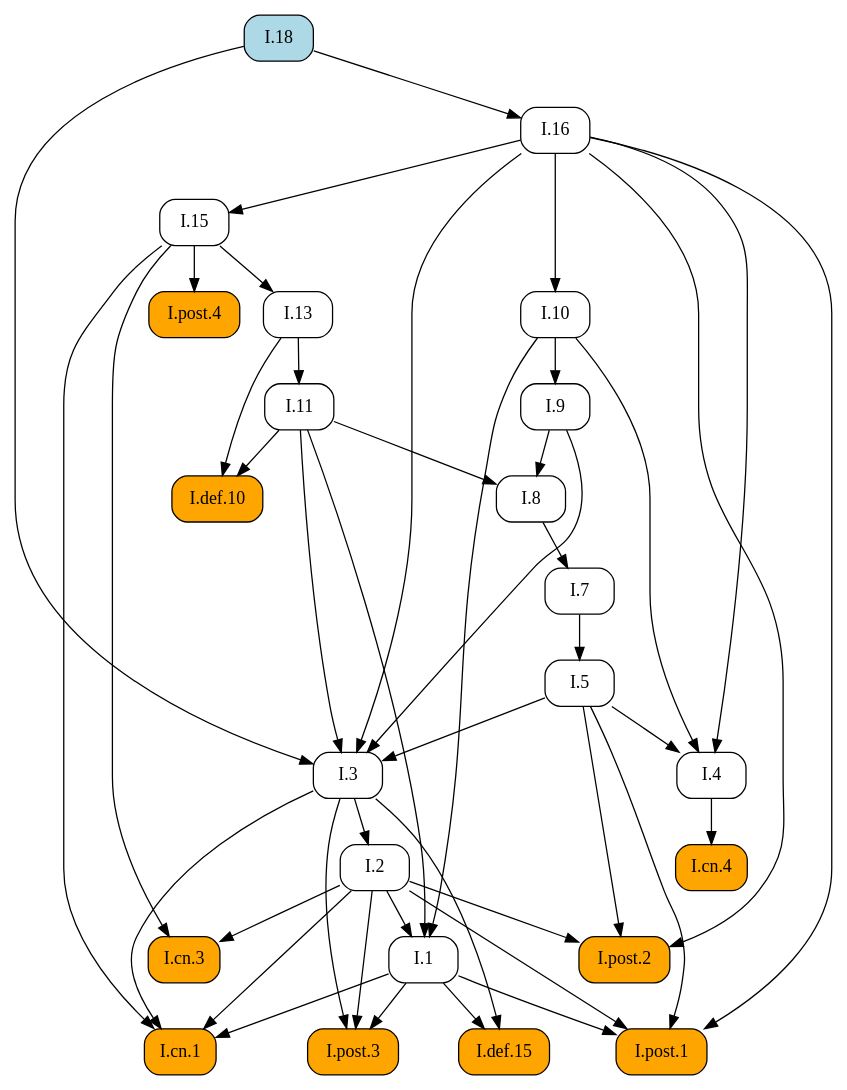
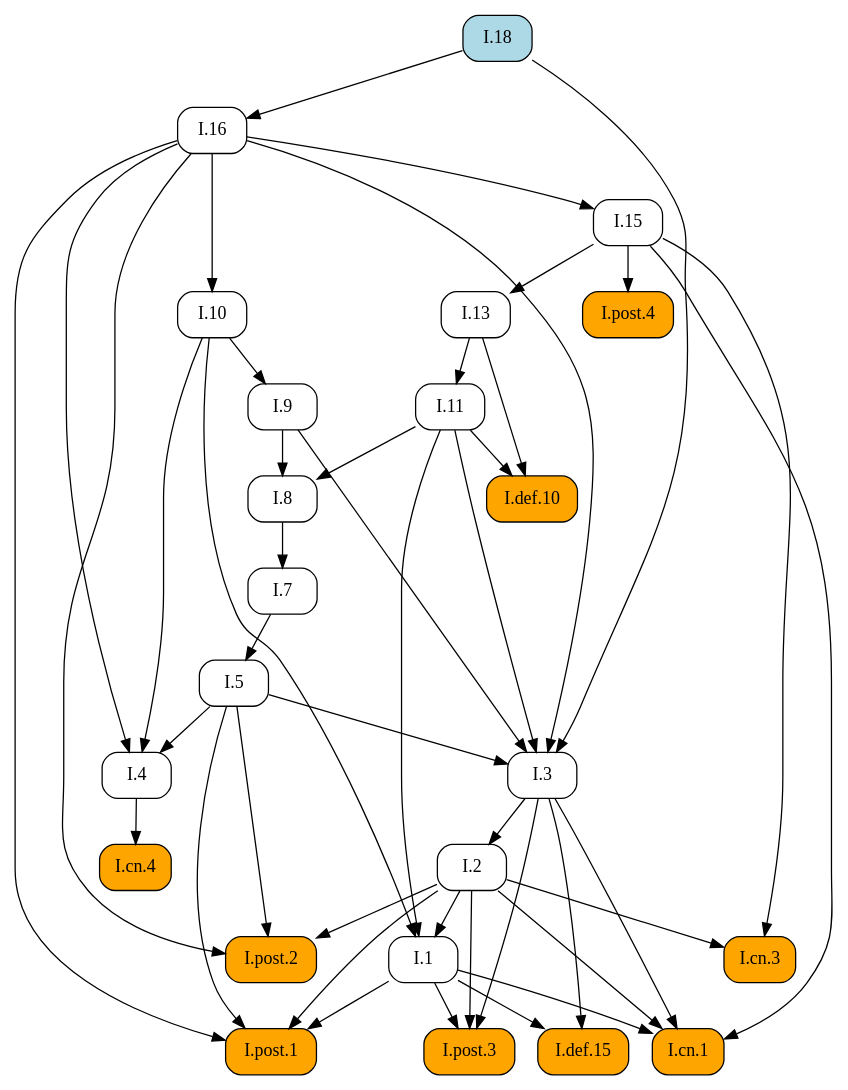
One commit to geometor/elements changed the diagram in docsrc/heath/I/18/index.rst. Above: the diagram before and after it, drawn with Graphviz. The commit also changed other lines of this file and 1029 other files, not shown here.

```diff
--- a/docsrc/heath/I/18/index.rst
+++ b/docsrc/heath/I/18/index.rst
@@ -51,73 +51,73 @@
 .. graphviz::
 
    digraph {
      rankdir="TB";
      node [shape=box, style=rounded];
+     "I.def.10" [style="rounded,filled", fillcolor=orange, URL="/heath/I/def.10/", target="_top"];
+     "I.11" [URL="/heath/I/11/", target="_top"];
+     "I.post.4" [style="rounded,filled", fillcolor=orange, URL="/heath/I/post.4/", target="_top"];
+     "I.1" [URL="/heath/I/1/", target="_top"];
+     "I.7" [URL="/heath/I/7/", target="_top"];
+     "I.3" [URL="/heath/I/3/", target="_top"];
+     "I.2" [URL="/heath/I/2/", target="_top"];
+     "I.4" [URL="/heath/I/4/", target="_top"];
      "I.13" [URL="/heath/I/13/", target="_top"];
+     "I.post.2" [style="rounded,filled", fillcolor=orange, URL="/heath/I/post.2/", target="_top"];
+     "I.18" [style="rounded,filled", fillcolor=lightblue, URL="/heath/I/18/", target="_top"];
+     "I.16" [URL="/heath/I/16/", target="_top"];
+     "I.def.15" [style="rounded,filled", fillcolor=orange, URL="/heath/I/def.15/", target="_top"];
+     "I.9" [URL="/heath/I/9/", target="_top"];
+     "I.post.3" [style="rounded,filled", fillcolor=orange, URL="/heath/I/post.3/", target="_top"];
+     "I.cn.1" [style="rounded,filled", fillcolor=orange, URL="/heath/I/cn.1/", target="_top"];
      "I.cn.3" [style="rounded,filled", fillcolor=orange, URL="/heath/I/cn.3/", target="_top"];
-     "I.5" [URL="/heath/I/5/", target="_top"];
-     "I.11" [URL="/heath/I/11/", target="_top"];
-     "I.7" [URL="/heath/I/7/", target="_top"];
-     "I.10" [URL="/heath/I/10/", target="_top"];
-     "I.4" [URL="/heath/I/4/", target="_top"];
-     "I.3" [URL="/heath/I/3/", target="_top"];
-     "I.16" [URL="/heath/I/16/", target="_top"];
      "I.8" [URL="/heath/I/8/", target="_top"];
-     "I.9" [URL="/heath/I/9/", target="_top"];
-     "I.def.10" [style="rounded,filled", fillcolor=orange, URL="/heath/I/def.10/", target="_top"];
-     "I.post.4" [style="rounded,filled", fillcolor=orange, URL="/heath/I/post.4/", target="_top"];
-     "I.post.2" [style="rounded,filled", fillcolor=orange, URL="/heath/I/post.2/", target="_top"];
-     "I.2" [URL="/heath/I/2/", target="_top"];
-     "I.def.15" [style="rounded,filled", fillcolor=orange, URL="/heath/I/def.15/", target="_top"];
-     "I.1" [URL="/heath/I/1/", target="_top"];
-     "I.post.3" [style="rounded,filled", fillcolor=orange, URL="/heath/I/post.3/", target="_top"];
-     "I.post.1" [style="rounded,filled", fillcolor=orange, URL="/heath/I/post.1/", target="_top"];
      "I.cn.4" [style="rounded,filled", fillcolor=orange, URL="/heath/I/cn.4/", target="_top"];
      "I.15" [URL="/heath/I/15/", target="_top"];
-     "I.cn.1" [style="rounded,filled", fillcolor=orange, URL="/heath/I/cn.1/", target="_top"];
-     "I.18" [style="rounded,filled", fillcolor=lightblue, URL="/heath/I/18/", target="_top"];
-     "I.15" -> "I.13";
-     "I.2" -> "I.cn.3";
-     "I.15" -> "I.cn.3";
-     "I.7" -> "I.5";
+     "I.post.1" [style="rounded,filled", fillcolor=orange, URL="/heath/I/post.1/", target="_top"];
+     "I.10" [URL="/heath/I/10/", target="_top"];
+     "I.5" [URL="/heath/I/5/", target="_top"];
+     "I.11" -> "I.def.10";
+     "I.13" -> "I.def.10";
      "I.13" -> "I.11";
+     "I.15" -> "I.post.4";
+     "I.2" -> "I.1";
+     "I.10" -> "I.1";
+     "I.11" -> "I.1";
      "I.8" -> "I.7";
-     "I.16" -> "I.10";
-     "I.5" -> "I.4";
-     "I.10" -> "I.4";
-     "I.16" -> "I.4";
      "I.5" -> "I.3";
      "I.9" -> "I.3";
      "I.11" -> "I.3";
      "I.16" -> "I.3";
      "I.18" -> "I.3";
-     "I.18" -> "I.16";
-     "I.9" -> "I.8";
-     "I.11" -> "I.8";
-     "I.10" -> "I.9";
-     "I.11" -> "I.def.10";
-     "I.13" -> "I.def.10";
-     "I.15" -> "I.post.4";
+     "I.3" -> "I.2";
+     "I.5" -> "I.4";
+     "I.10" -> "I.4";
+     "I.16" -> "I.4";
+     "I.15" -> "I.13";
      "I.2" -> "I.post.2";
      "I.5" -> "I.post.2";
      "I.16" -> "I.post.2";
-     "I.3" -> "I.2";
+     "I.18" -> "I.16";
      "I.1" -> "I.def.15";
      "I.3" -> "I.def.15";
-     "I.2" -> "I.1";
-     "I.10" -> "I.1";
-     "I.11" -> "I.1";
+     "I.10" -> "I.9";
      "I.1" -> "I.post.3";
      "I.2" -> "I.post.3";
      "I.3" -> "I.post.3";
+     "I.1" -> "I.cn.1";
+     "I.2" -> "I.cn.1";
+     "I.3" -> "I.cn.1";
+     "I.15" -> "I.cn.1";
+     "I.2" -> "I.cn.3";
+     "I.15" -> "I.cn.3";
+     "I.9" -> "I.8";
+     "I.11" -> "I.8";
+     "I.4" -> "I.cn.4";
+     "I.16" -> "I.15";
      "I.1" -> "I.post.1";
      "I.2" -> "I.post.1";
      "I.5" -> "I.post.1";
      "I.16" -> "I.post.1";
-     "I.4" -> "I.cn.4";
-     "I.16" -> "I.15";
-     "I.1" -> "I.cn.1";
-     "I.2" -> "I.cn.1";
-     "I.3" -> "I.cn.1";
-     "I.15" -> "I.cn.1";
+     "I.16" -> "I.10";
+     "I.7" -> "I.5";
    }
```
